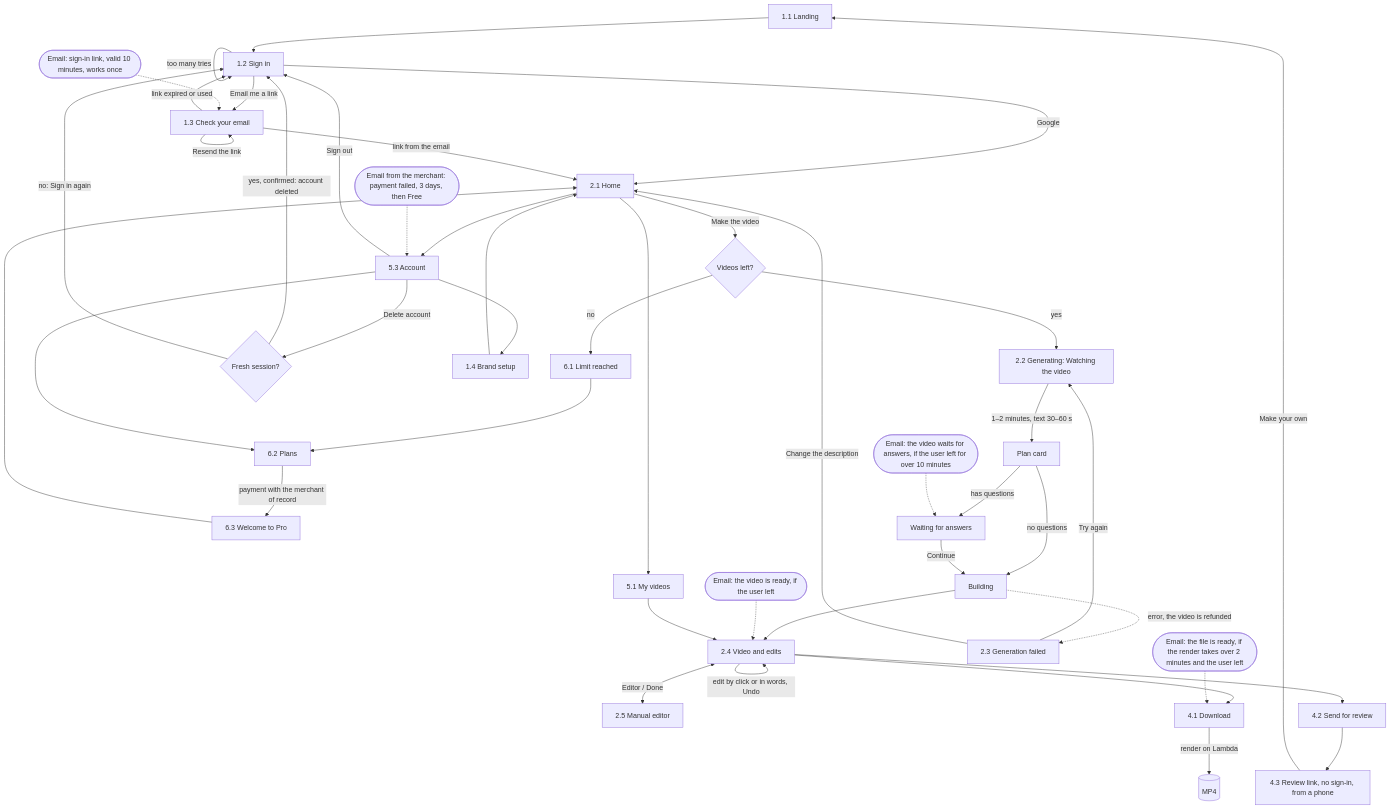
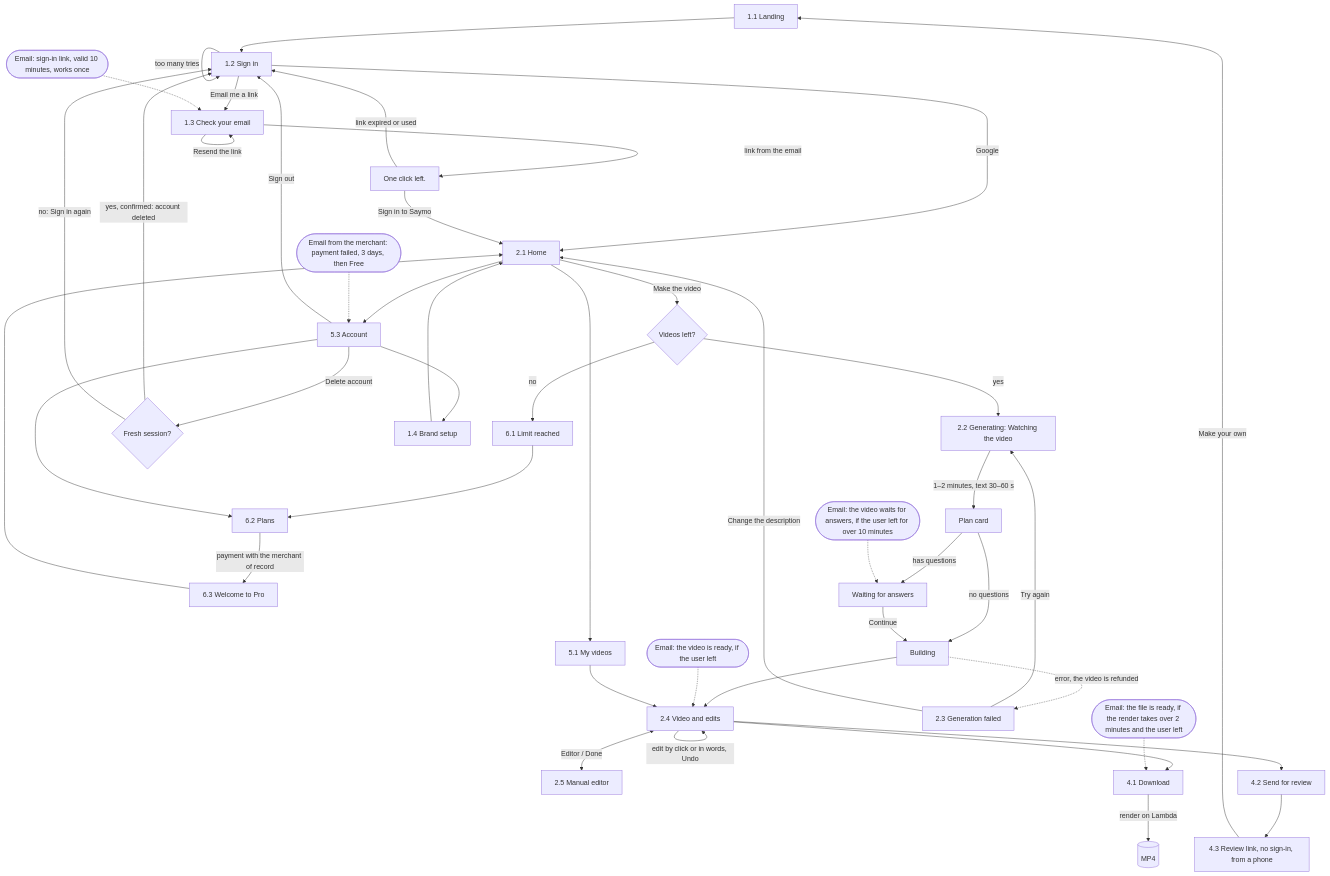
Before and after one commit to Ramil3107/saymo: the diagram in docs/user-flow.md, drawn with Mermaid. The commit also changed other lines of this file and 2 other files, not shown here.

Commit message:
docs: the sign-in link opens a page with a button, and why

````diff
--- a/docs/user-flow.md
+++ b/docs/user-flow.md
@@ -5,44 +5,45 @@
 ```mermaid
 flowchart TD
   L[1.1 Landing] --> S[1.2 Sign in]
   S -->|Google| H[2.1 Home]
   S -->|Google canceled or failed| S
   S -->|Email me a link| CE[1.3 Check your email]
   S -->|too many tries| S
   M1([Email: sign-in link, valid 10 minutes, works once]) -.-> CE
   CE -->|Resend the link| CE
-  CE -->|link from the email| H
-  CE -->|link expired or used| S
+  CE -->|link from the email| OC["One click left."]
+  OC -->|Sign in to Saymo| H
+  OC -->|link expired or used| S
 
   H -->|Make the video| LIM{Videos left?}
   LIM -->|no| LR[6.1 Limit reached] --> P[6.2 Plans]
   P -->|payment with the merchant of record| W[6.3 Welcome to Pro] --> H
   LIM -->|yes| G[2.2 Generating: Watching the video]
   G -->|1–2 minutes, text 30–60 s| PC[Plan card]
   PC -->|no questions| B[Building]
   PC -->|has questions| Q[Waiting for answers]
   Q -->|Continue| B
   M2([Email: the video waits for answers, if the user left for over 10 minutes]) -.-> Q
   B --> R[2.4 Video and edits]
   M3([Email: the video is ready, if the user left]) -.-> R
   B -.->|error, the video is refunded| F[2.3 Generation failed]
   F -->|Try again| G
   F -->|Change the description| H
 
   R -->|edit by click or in words, Undo| R
   R <-->|Editor / Done| ED[2.5 Manual editor]
   R --> DL[4.1 Download] -->|render on Lambda| MP4[(MP4)]
   M4([Email: the file is ready, if the render takes over 2 minutes and the user left]) -.-> DL
   R --> SR[4.2 Send for review] --> RV[4.3 Review link, no sign-in, from a phone]
   RV -->|Make your own| L
 
   H --> MV[5.1 My videos] --> R
   H --> AC[5.3 Account]
   AC -->|Sign out| S
   AC -->|Delete account| DEL{Fresh session?}
   DEL -->|yes, confirmed: account deleted| S
   DEL -->|no: Sign in again| S
   AC --> BR[1.4 Brand setup] --> H
   AC --> P
   M5([Email from the merchant: payment failed, 3 days, then Free]) -.-> AC
 ```
````
